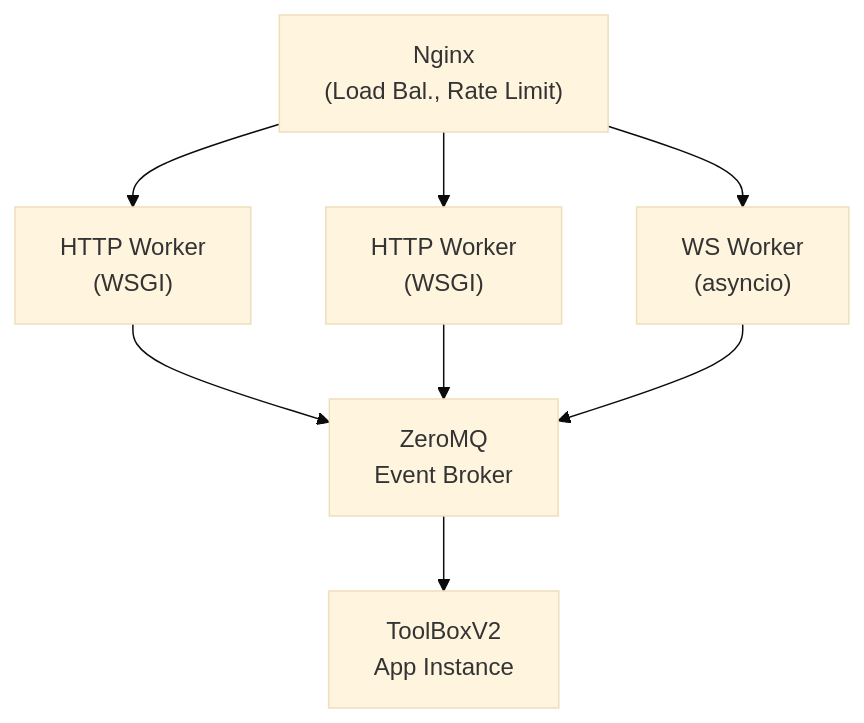
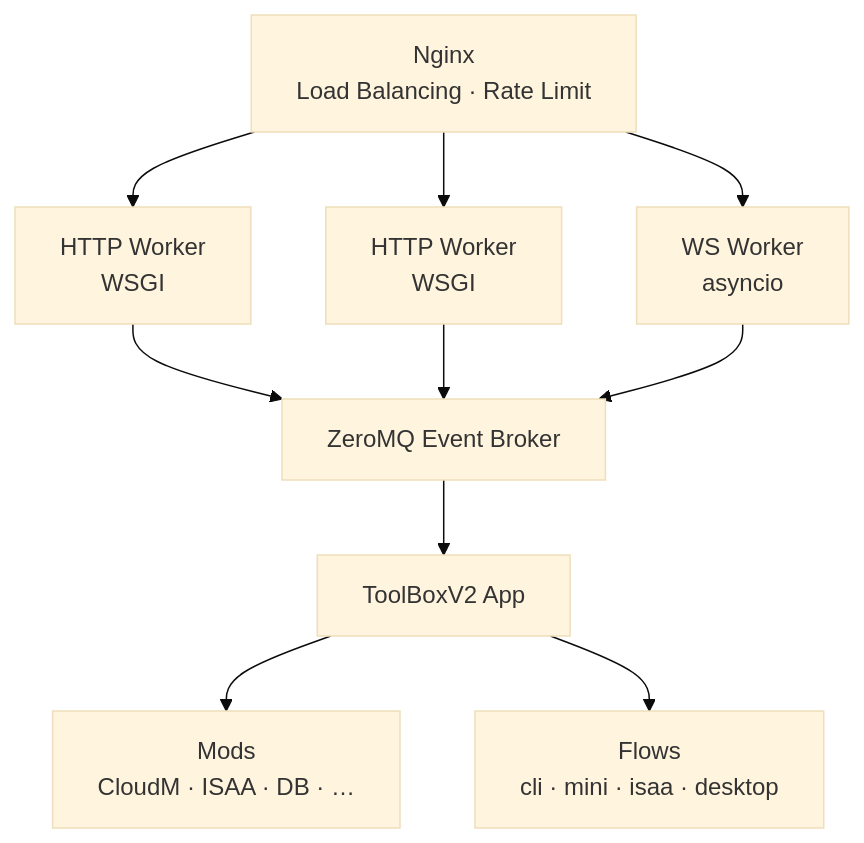
Before and after one commit to MarkinHaus/ToolBoxV2: the diagram in docs/index.md, drawn with Mermaid (base theme). The commit also changed other lines of this file and 8 other files, not shown here.

````diff
--- a/docs/index.md
+++ b/docs/index.md
@@ -21,23 +103,11 @@
 ```mermaid
-
 flowchart TD
-
-    Nginx["Nginx\n(Load Bal., Rate Limit)"]
-
-
-
-    Nginx --> W1["HTTP Worker\n(WSGI)"]
-
-    Nginx --> W2["HTTP Worker\n(WSGI)"]
-
-    Nginx --> W3["WS Worker\n(asyncio)"]
-
-
-
-    W1 & W2 & W3 --> ZMQ["ZeroMQ\nEvent Broker"]
-
-
-
-    ZMQ --> TB["ToolBoxV2\nApp Instance"]
-
+    Nginx["Nginx<br/>Load Balancing · Rate Limit"]
+    Nginx --> W1["HTTP Worker<br/>WSGI"]
+    Nginx --> W2["HTTP Worker<br/>WSGI"]
+    Nginx --> W3["WS Worker<br/>asyncio"]
+    W1 & W2 & W3 --> ZMQ["ZeroMQ Event Broker"]
+    ZMQ --> TB["ToolBoxV2 App"]
+    TB --> MODS["Mods<br/>CloudM · ISAA · DB · …"]
+    TB --> FLOWS["Flows<br/>cli · mini · isaa · desktop"]
 ```
````
